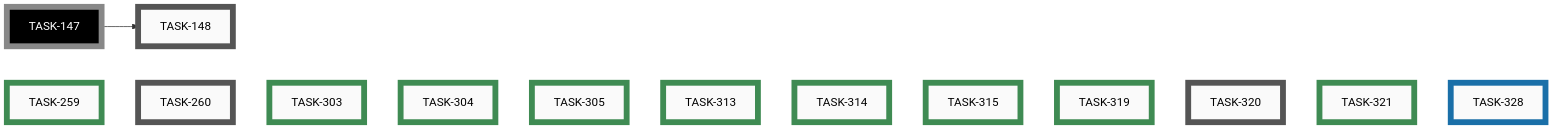
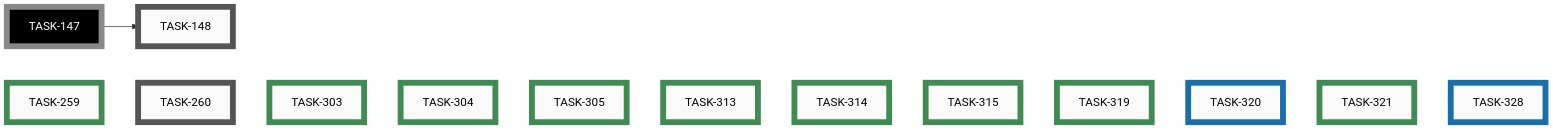
The eighth of 8 diagrams in docs/developers/tasks/EPICS.md (tgd1975/AwesomeStudioPedal), drawn with Mermaid before and after one commit. The commit also changed other lines of this file and 5 other files, not shown here.

First line of the commit message:
close TASK-320: Remove BLE_CONFIG_TEST_BUILD pre-commit check (orphan from TASK-236)

````diff
--- a/docs/developers/tasks/EPICS.md
+++ b/docs/developers/tasks/EPICS.md
@@ -288,40 +288,40 @@
 ```mermaid
 graph LR
     TASK_148["TASK-148"]:::open
     TASK_260["TASK-260"]:::open
-    TASK_320["TASK-320"]:::open
+    TASK_320["TASK-320"]:::active
     TASK_328["TASK-328"]:::active
     TASK_259["TASK-259"]:::closed
     TASK_303["TASK-303"]:::closed
     TASK_304["TASK-304"]:::closed
     TASK_305["TASK-305"]:::closed
     TASK_313["TASK-313"]:::closed
     TASK_314["TASK-314"]:::closed
     TASK_315["TASK-315"]:::closed
     TASK_319["TASK-319"]:::closed
     TASK_321["TASK-321"]:::closed
     TASK_147["TASK-147"]:::openExt
     TASK_147 --> TASK_148
     TASK_259 ~~~ TASK_260 ~~~ TASK_303 ~~~ TASK_304 ~~~ TASK_305 ~~~ TASK_313 ~~~ TASK_314 ~~~ TASK_315 ~~~ TASK_319 ~~~ TASK_320 ~~~ TASK_321 ~~~ TASK_328
     click TASK_148 "open/task-148-reorganise-developer-documentation.md"
     click TASK_260 "open/task-260-unify-version-numbers-across-deliverables.md"
-    click TASK_320 "open/task-320-remove-ble-flag-precommit-check.md"
+    click TASK_320 "active/task-320-remove-ble-flag-precommit-check.md"
     click TASK_328 "active/task-328-prevent-parallel-housekeep-execution.md"
     click TASK_259 "closed/task-259-android-app-test-protocol.md"
     click TASK_303 "closed/task-303-simulator-boots-with-demo-loaded.md"
     click TASK_304 "closed/task-304-simulator-button-no-hover-reaction.md"
     click TASK_305 "closed/task-305-add-category-field-to-ideas.md"
     click TASK_313 "closed/task-313-emoji-icons-for-idea-categories.md"
     click TASK_314 "closed/task-314-nbsp-between-icon-and-category.md"
     click TASK_315 "closed/task-315-idea-sub-file-naming-convention.md"
     click TASK_319 "closed/task-319-remove-wireviz-precommit-block.md"
     click TASK_321 "closed/task-321-fix-ci-failures-mermaid-clang-tidy.md"
     classDef open    fill:#FAFAFA,stroke:#555,stroke-width:8px,color:#000
     classDef active  fill:#FAFAFA,stroke:#1A6FA8,stroke-width:8px,color:#000
     classDef closed  fill:#FAFAFA,stroke:#3F8B53,stroke-width:8px,color:#000
     classDef paused  fill:#FAFAFA,stroke:#B07810,stroke-width:8px,color:#000
     classDef openExt    fill:#000,stroke:#888,stroke-width:8px,color:#FFF
     classDef activeExt  fill:#000,stroke:#3FA9F5,stroke-width:8px,color:#FFF
     classDef closedExt  fill:#000,stroke:#7CC68A,stroke-width:8px,color:#FFF
     classDef pausedExt  fill:#000,stroke:#F0B030,stroke-width:8px,color:#FFF
 ```
````
